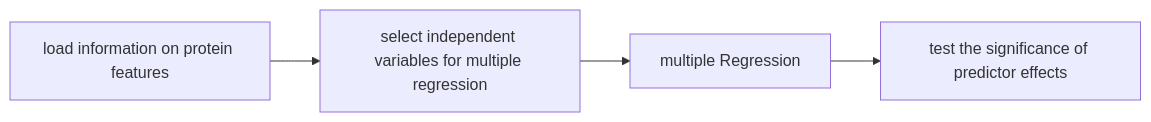
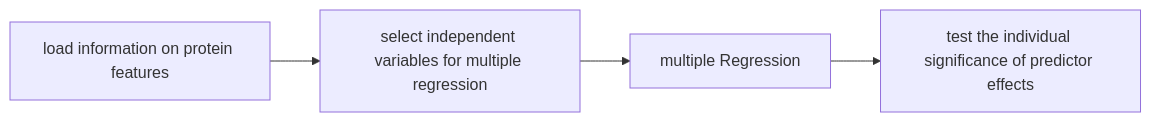
One commit to MichelaPozzi/2025-topic-03-group-04 changed the third of 3 diagrams in README.md. Above: the diagram before and after it, drawn with Mermaid. The commit also changed other lines of this file, not shown here.

````diff
--- a/README.md
+++ b/README.md
@@ -214,6 +214,6 @@
 ``` mermaid
 flowchart LR
     A[load information on protein features] --> B[select independent variables for multiple regression]
     B --> C[multiple Regression]
-    C --> D[test the significance of predictor effects]
+    C --> D[test the individual significance of predictor effects]
 ```
````
